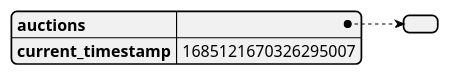
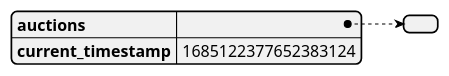
The diagram in src/distributed_legder/state_dumps/self.json.auction.json.plantuml (GoliathHagar/distributed_legder_kademlia), drawn with PlantUML before and after one commit. The commit also changed 17 other files, not shown here.

```diff
--- a/src/distributed_legder/state_dumps/self.json.auction.json.plantuml
+++ b/src/distributed_legder/state_dumps/self.json.auction.json.plantuml
@@ -1,3 +1,3 @@
 @startjson
-{"auctions":[],"current_timestamp":1685121670326295007}
+{"auctions":[],"current_timestamp":1685122377652383124}
 @endjson
```
